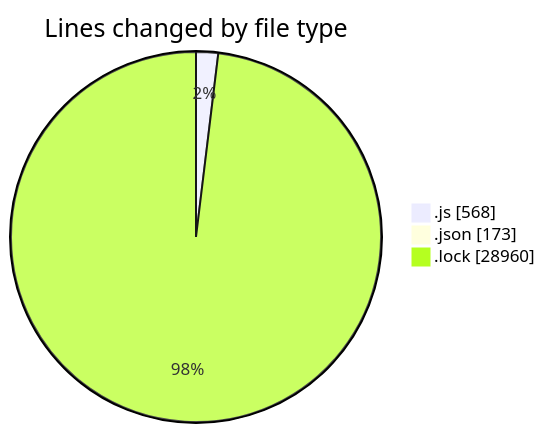
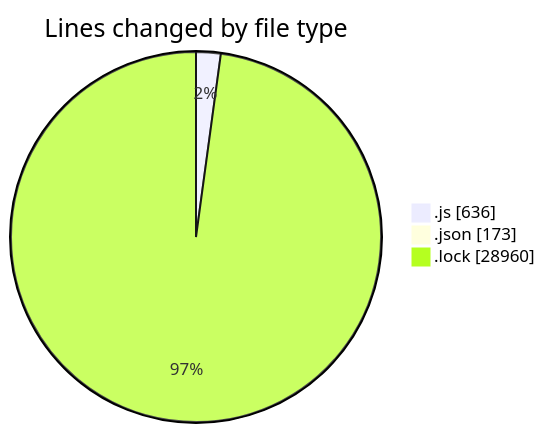
One commit to momahboobian/code-tracking changed the first of 2 diagrams in 2025-12-18/cda/README.md. Above: the diagram before and after it, drawn with Mermaid. The commit also changed other lines of this file and 1 other file, not shown here.

````diff
--- a/2025-12-18/cda/README.md
+++ b/2025-12-18/cda/README.md
@@ -35,7 +35,7 @@
 ```mermaid
 pie showData
 title Lines changed by file type
-".js" : 568
+".js" : 636
 ".json" : 173
 ".lock" : 28960
 ```
````
